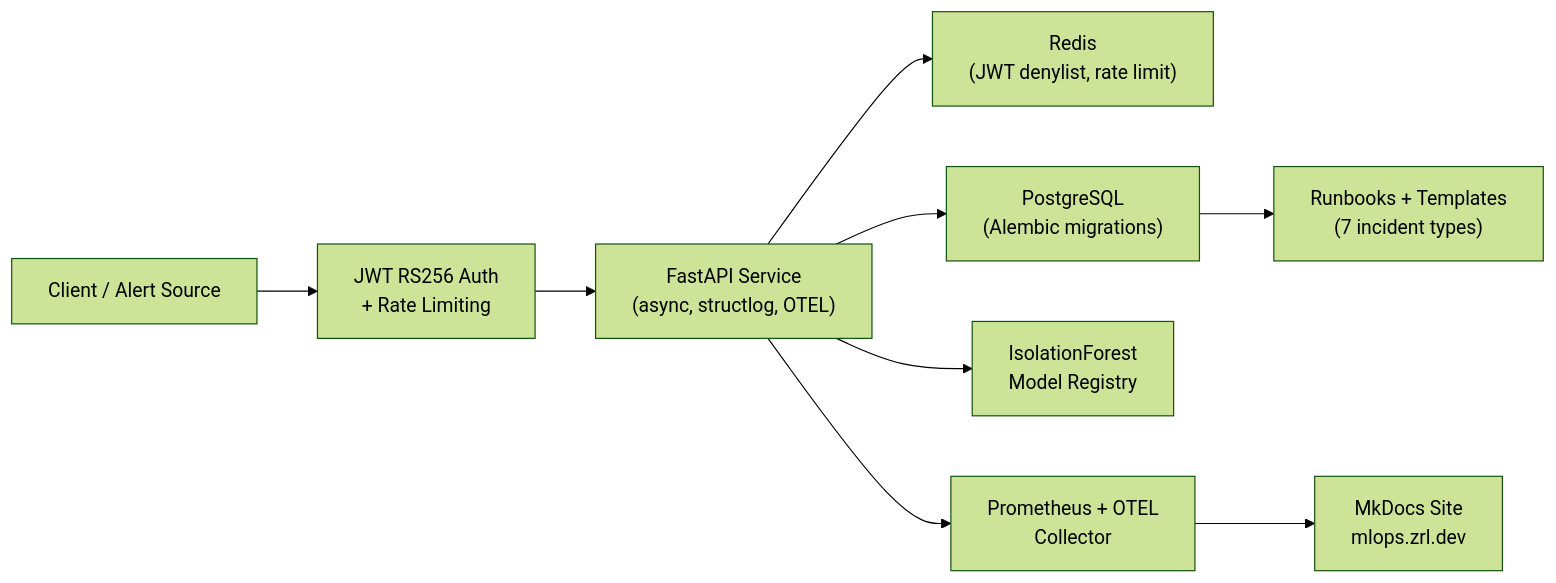
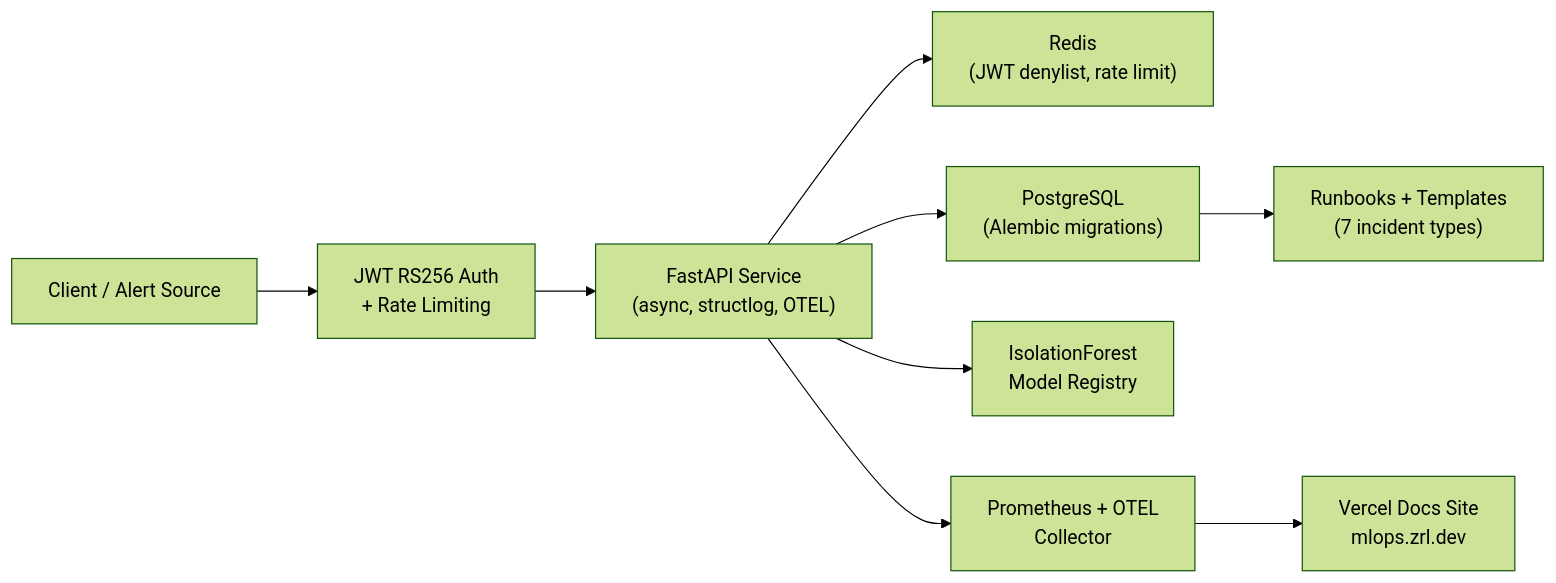
Before and after one commit to zrlopez/ml-incident-response-playbook: the diagram in README.md, drawn with Mermaid (forest theme). The commit also changed other lines of this file and 25 other files, not shown here.

Commit message:
docs: align portfolio docs with Vercel site

````diff
--- a/README.md
+++ b/README.md
@@ -71,21 +102,21 @@
 ```mermaid
 flowchart LR
     Client["Client / Alert Source"]
     JWT["JWT RS256 Auth\n+ Rate Limiting"]
     API["FastAPI Service\n(async, structlog, OTEL)"]
     Redis["Redis\n(JWT denylist, rate limit)"]
     Postgres["PostgreSQL\n(Alembic migrations)"]
     ML["IsolationForest\nModel Registry"]
     Runbooks["Runbooks + Templates\n(7 incident types)"]
     Monitoring["Prometheus + OTEL\nCollector"]
-    Docs["MkDocs Site\nmlops.zrl.dev"]
+    Docs["Vercel Docs Site\nmlops.zrl.dev"]
 
     Client --> JWT
     JWT --> API
     API --> Redis
     API --> Postgres
     API --> ML
     Postgres --> Runbooks
     API --> Monitoring
     Monitoring --> Docs
 ```
````
